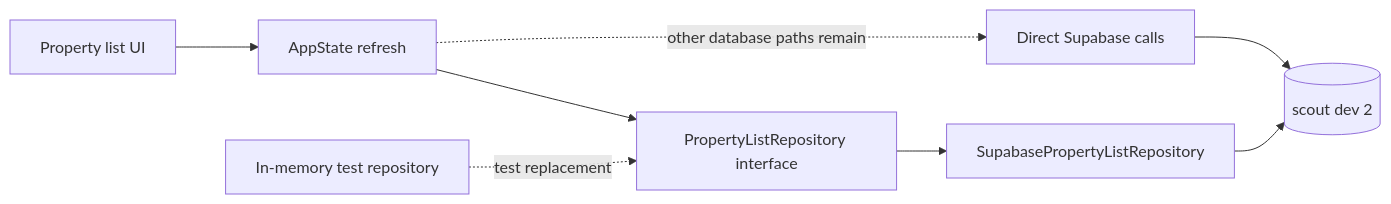
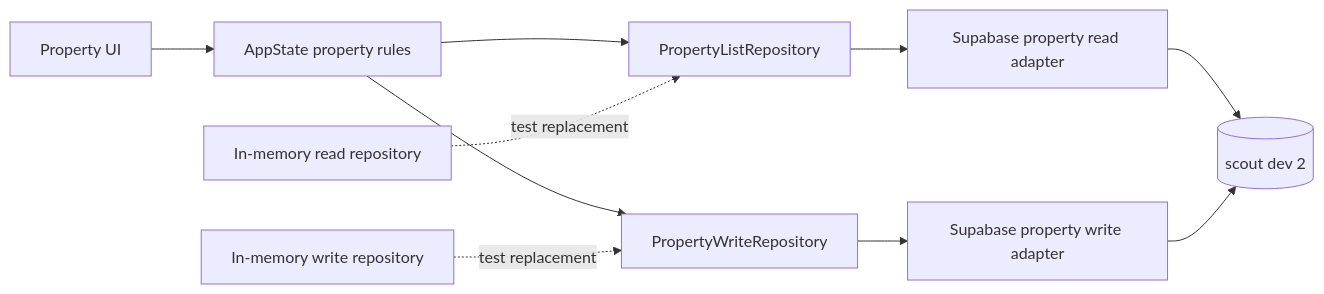
One commit to bennettb15/ScoutCapture changed the second of 3 diagrams in docs/2.0-separation-map.md. Above: the diagram before and after it, drawn with Mermaid. The commit also changed other lines of this file and 6 other files, not shown here.

Commit message:
Extract property writes behind repository interface

````diff
--- a/docs/2.0-separation-map.md
+++ b/docs/2.0-separation-map.md
@@ -33,10 +33,12 @@
 ```mermaid
 flowchart LR
-    UI[Property list UI] --> State[AppState refresh]
-    State --> Port[PropertyListRepository interface]
-    Port --> Adapter[SupabasePropertyListRepository]
-    Adapter --> Dev2[(scout dev 2)]
-    Fake[In-memory test repository] -. test replacement .-> Port
-    State -. other database paths remain .-> Direct[Direct Supabase calls]
-    Direct --> Dev2
+    UI[Property UI] --> State[AppState property rules]
+    State --> ReadPort[PropertyListRepository]
+    State --> WritePort[PropertyWriteRepository]
+    ReadPort --> ReadAdapter[Supabase property read adapter]
+    WritePort --> WriteAdapter[Supabase property write adapter]
+    ReadAdapter --> Dev2[(scout dev 2)]
+    WriteAdapter --> Dev2
+    ReadFake[In-memory read repository] -. test replacement .-> ReadPort
+    WriteFake[In-memory write repository] -. test replacement .-> WritePort
 ```
````
